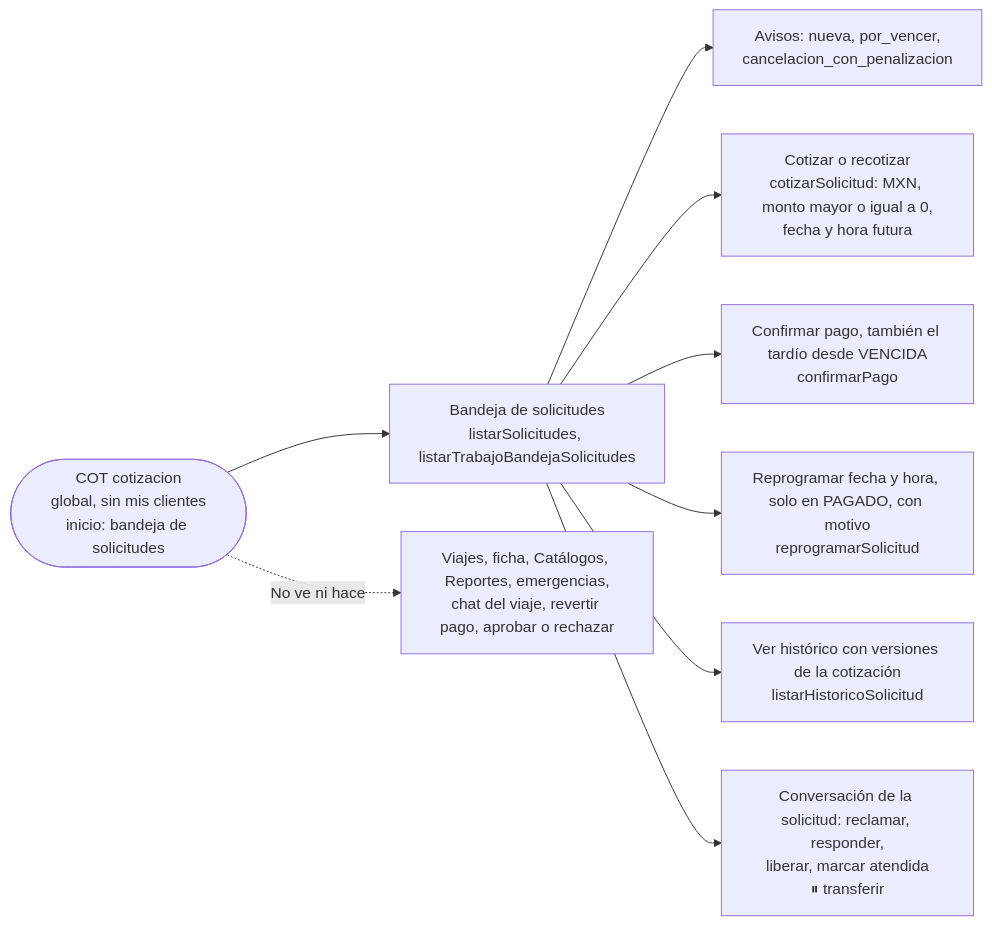
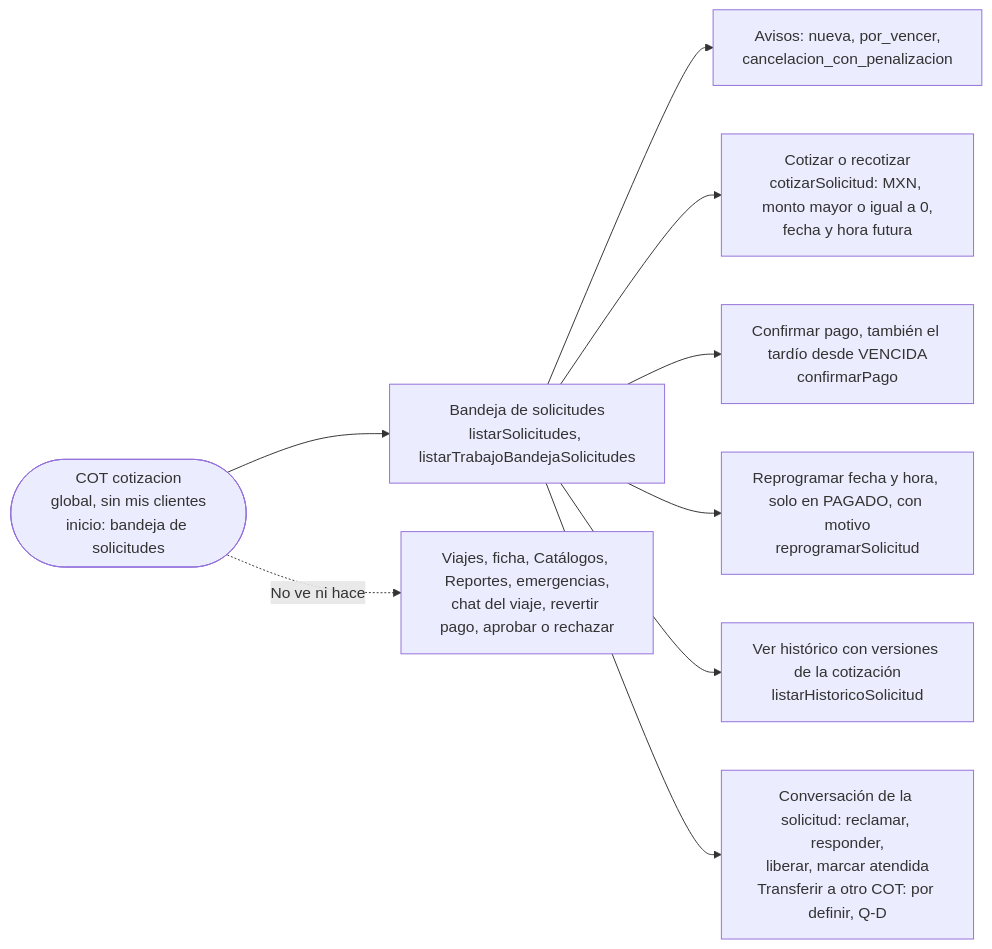
One commit to AI27-Tech/pf-web-frontend-internal changed the seventh of 14 diagrams in .kiro/specs/afinacion-roles-modulo-a-modulo/DIAGRAMAS-ROLES.md. Above: the diagram before and after it, drawn with Mermaid. The commit also changed other lines of this file and 4 other files, not shown here.

````diff
--- a/.kiro/specs/afinacion-roles-modulo-a-modulo/DIAGRAMAS-ROLES.md
+++ b/.kiro/specs/afinacion-roles-modulo-a-modulo/DIAGRAMAS-ROLES.md
@@ -164,12 +164,12 @@
 ```mermaid
 flowchart LR
   COT(["COT cotizacion<br/>global, sin mis clientes<br/>inicio: bandeja de solicitudes"])
   COT --> L["Bandeja de solicitudes<br/>listarSolicitudes, listarTrabajoBandejaSolicitudes"]
   L --> A["Avisos: nueva, por_vencer,<br/>cancelacion_con_penalizacion"]
   L --> C1["Cotizar o recotizar<br/>cotizarSolicitud: MXN, monto mayor o igual a 0,<br/>fecha y hora futura"]
   L --> C2["Confirmar pago, también el tardío desde VENCIDA<br/>confirmarPago"]
   L --> C3["Reprogramar fecha y hora, solo en PAGADO, con motivo<br/>reprogramarSolicitud"]
   L --> C4["Ver histórico con versiones de la cotización<br/>listarHistoricoSolicitud"]
-  L --> C5["Conversación de la solicitud: reclamar, responder,<br/>liberar, marcar atendida<br/>⏸ transferir"]
+  L --> C5["Conversación de la solicitud: reclamar, responder,<br/>liberar, marcar atendida<br/>Transferir a otro COT: por definir, Q-D"]
   COT -. "No ve ni hace" .-> N["Viajes, ficha, Catálogos, Reportes, emergencias,<br/>chat del viaje, revertir pago, aprobar o rechazar"]
 ```
````
